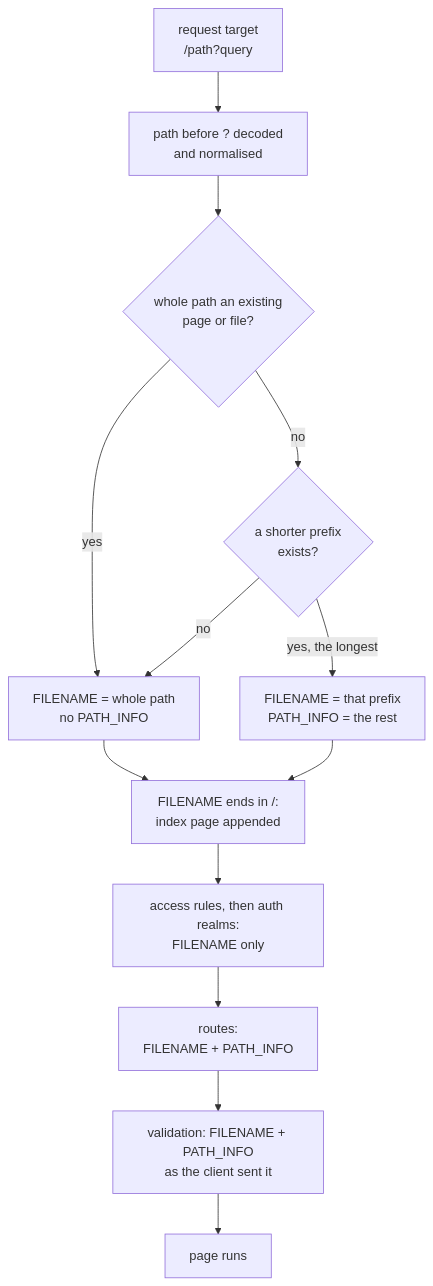
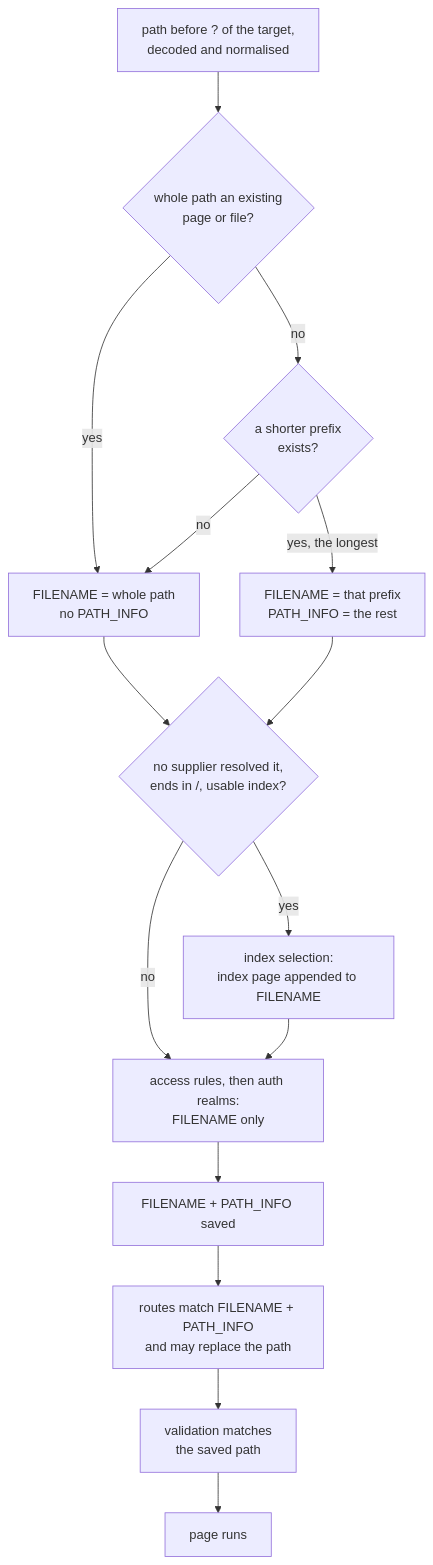
The second of 2 diagrams in doc/ROUTES.md (DanielTillett/klin), drawn with Mermaid before and after one commit. The commit also changed other lines of this file and 20 other files, not shown here.

````diff
--- a/doc/ROUTES.md
+++ b/doc/ROUTES.md
@@ -97,15 +111,17 @@
 ```mermaid
 flowchart TD
-    A["request target<br/>/path?query"] --> B["path before ? decoded<br/>and normalised"]
-    B --> C{"whole path an existing<br/>page or file?"}
+    A["path before ? of the target,<br/>decoded and normalised"] --> C{"whole path an existing<br/>page or file?"}
     C -- yes --> E["FILENAME = whole path<br/>no PATH_INFO"]
     C -- no --> D{"a shorter prefix<br/>exists?"}
     D -- no --> E
     D -- "yes, the longest" --> F["FILENAME = that prefix<br/>PATH_INFO = the rest"]
-    E --> G["FILENAME ends in /:<br/>index page appended"]
+    E --> G{"no supplier resolved it,<br/>ends in /, usable index?"}
     F --> G
-    G --> H["access rules, then auth realms:<br/>FILENAME only"]
-    H --> I["routes:<br/>FILENAME + PATH_INFO"]
-    I --> J["validation: FILENAME + PATH_INFO<br/>as the client sent it"]
+    G -- yes --> G2["index selection:<br/>index page appended to FILENAME"]
+    G -- no --> H
+    G2 --> H["access rules, then auth realms:<br/>FILENAME only"]
+    H --> S["FILENAME + PATH_INFO saved"]
+    S --> I["routes match FILENAME + PATH_INFO<br/>and may replace the path"]
+    I --> J["validation matches<br/>the saved path"]
     J --> K["page runs"]
 ```
````
